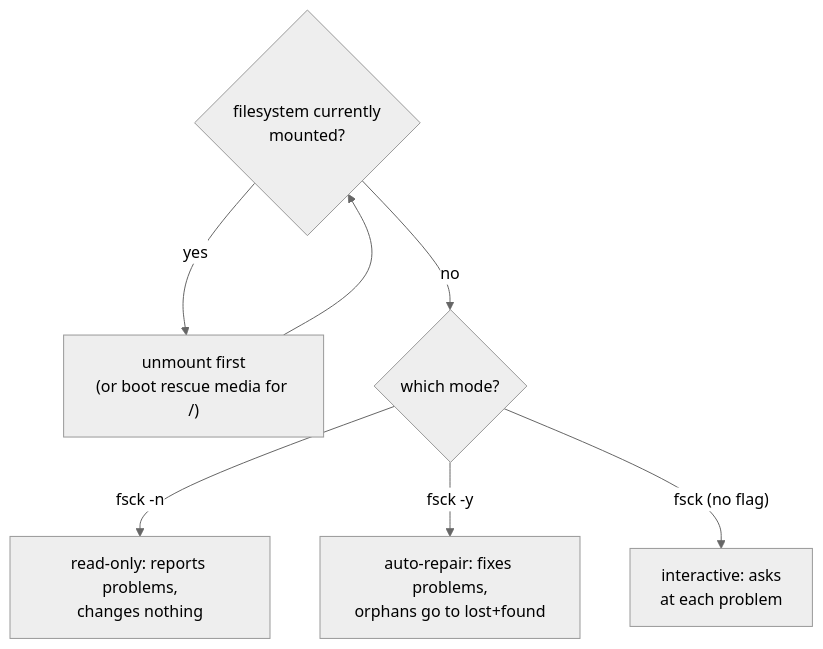
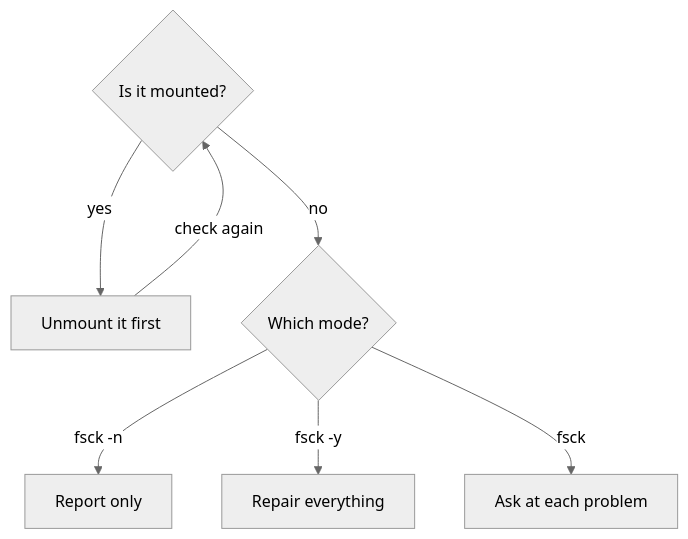
Before and after one commit to astrona-io/ATS004: the second of 2 diagrams in sections/section-010/module-04/course-01-fsck-repair-model.md, drawn with Mermaid (neutral theme). The commit also changed other lines of this file and 287 other files, not shown here.

````diff
--- a/sections/section-010/module-04/course-01-fsck-repair-model.md
+++ b/sections/section-010/module-04/course-01-fsck-repair-model.md
@@ -63,10 +115,9 @@
 ```mermaid
-flowchart TD
-    START{"filesystem currently<br/>mounted?"}
-    START -->|yes| UNMOUNT["unmount first<br/>(or boot rescue media for /)"]
-    UNMOUNT --> START
-    START -->|no| MODE{"which mode?"}
-    MODE -->|"fsck -n"| RO["read-only: reports problems,<br/>changes nothing"]
-    MODE -->|"fsck -y"| FIX["auto-repair: fixes problems,<br/>orphans go to lost+found"]
-    MODE -->|"fsck (no flag)"| INTERACTIVE["interactive: asks<br/>at each problem"]
+flowchart TB
+    S{"Is it mounted?"} -->|"yes"| U["Unmount it first"]
+    U -->|"check again"| S
+    S -->|"no"| M{"Which mode?"}
+    M -->|"fsck -n"| RO["Report only"]
+    M -->|"fsck -y"| FIX["Repair everything"]
+    M -->|"fsck"| ASK["Ask at each problem"]
 ```
````
